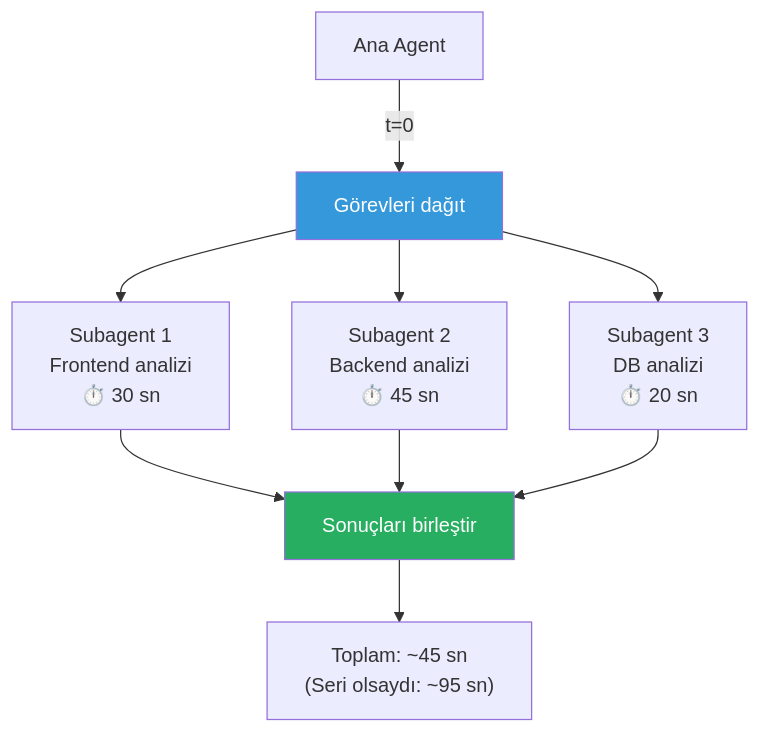
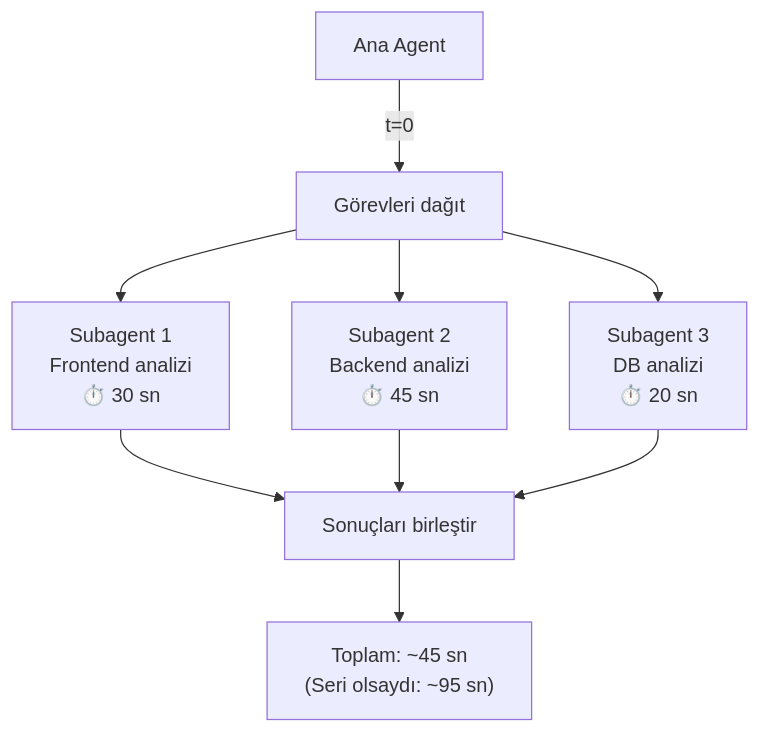
Before and after one commit to IzzetYasinAtes/ClaudeCodeHandbook: the third of 8 diagrams in 13-subagentlar-ve-agent-takimlari/01-subagent-nedir.md, drawn with Mermaid. The commit also changed other lines of this file and 97 other files, not shown here.

Commit message:
Remove all custom Mermaid style/fill colors from 98 markdown files for consistent dark theme rendering

````diff
--- a/13-subagentlar-ve-agent-takimlari/01-subagent-nedir.md
+++ b/13-subagentlar-ve-agent-takimlari/01-subagent-nedir.md
@@ -75,17 +69,15 @@
 ```mermaid
 flowchart TD
     PARENT["Ana Agent"] --> |"t=0"| FORK["Görevleri dağıt"]
 
     FORK --> SUB1["Subagent 1<br/>Frontend analizi<br/>⏱️ 30 sn"]
     FORK --> SUB2["Subagent 2<br/>Backend analizi<br/>⏱️ 45 sn"]
     FORK --> SUB3["Subagent 3<br/>DB analizi<br/>⏱️ 20 sn"]
 
     SUB1 --> JOIN["Sonuçları birleştir"]
     SUB2 --> JOIN
     SUB3 --> JOIN
 
     JOIN --> RESULT["Toplam: ~45 sn<br/>(Seri olsaydı: ~95 sn)"]
 
-    style FORK fill:#3498DB,color:#fff
-    style JOIN fill:#27AE60,color:#fff
 ```
````
